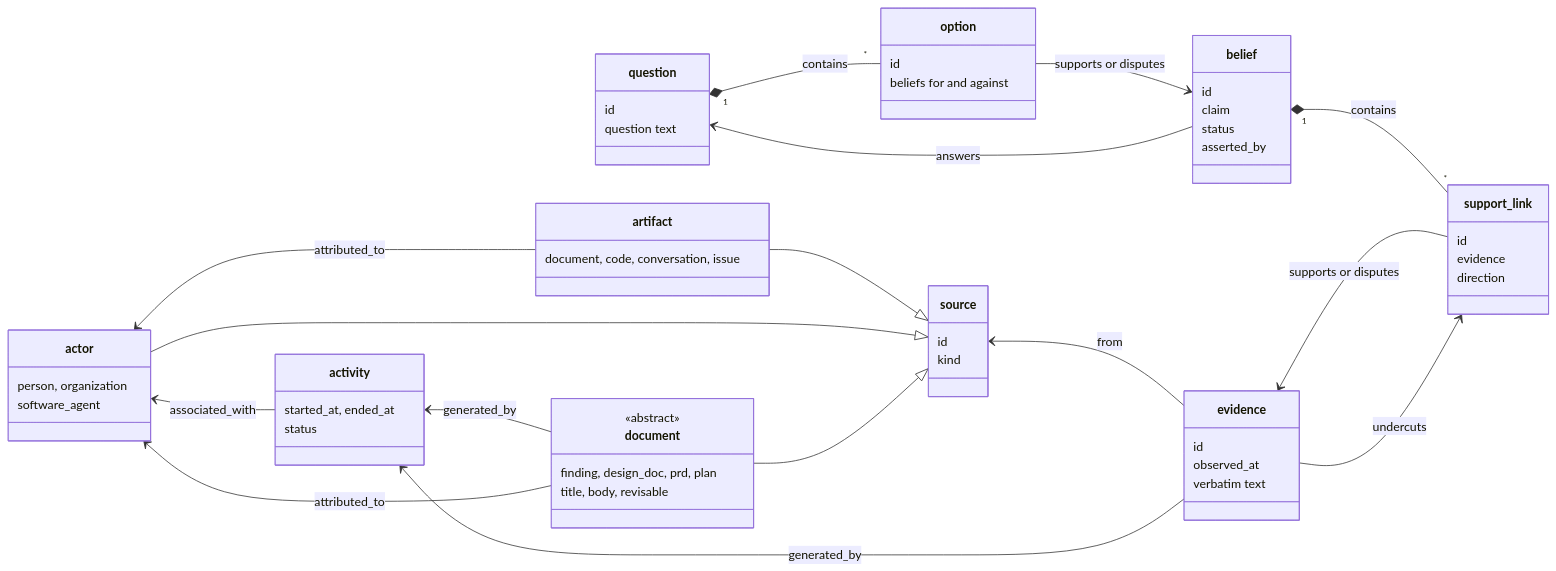
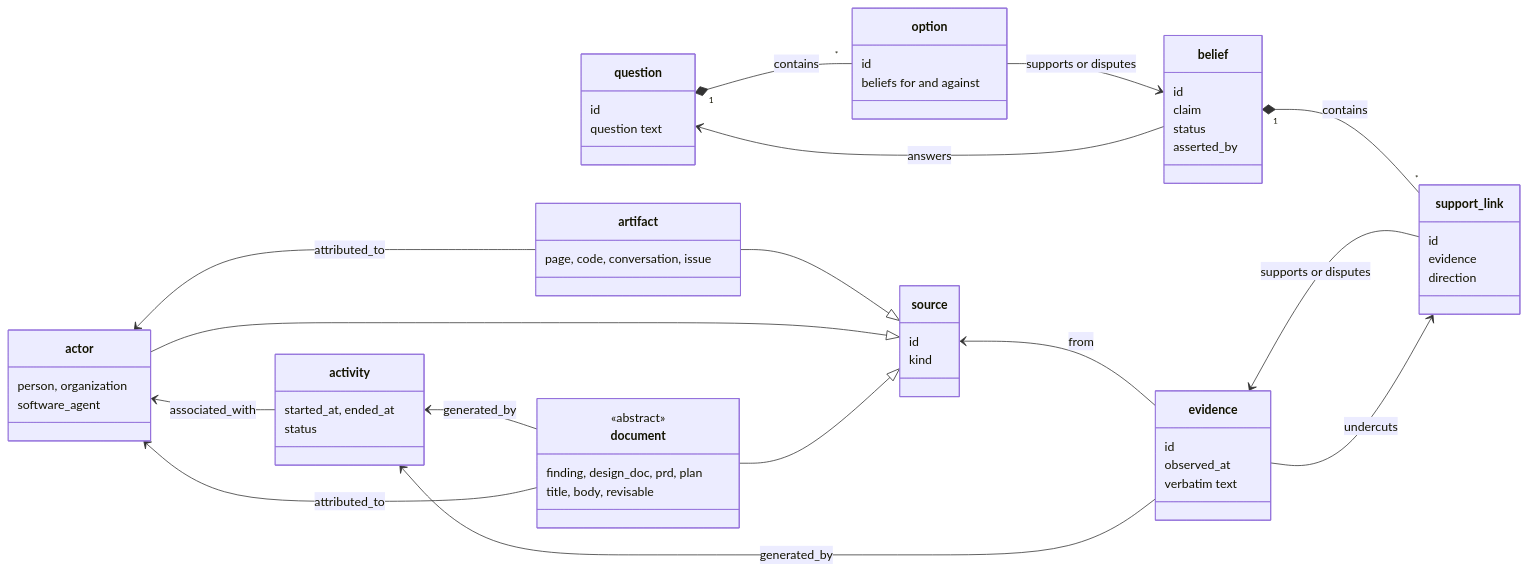
The second of 5 diagrams in docs/context-graph/01-model.md (andycondon/loremason), drawn with Mermaid before and after one commit. The commit also changed other lines of this file, not shown here.

Commit message:
Design: an artifact's document kind becomes page, so document means one thing

````diff
--- a/docs/context-graph/01-model.md
+++ b/docs/context-graph/01-model.md
@@ -76,63 +76,63 @@
 ```mermaid
 classDiagram
   direction LR
   class question {
     id
     question text
   }
   class option {
     id
     beliefs for and against
   }
   class belief {
     id
     claim
     status
     asserted_by
   }
   class support_link {
     id
     evidence
     direction
   }
   class evidence {
     id
     observed_at
     verbatim text
   }
   class source {
     id
     kind
   }
   class actor {
     person, organization
     software_agent
   }
   class activity {
     started_at, ended_at
     status
   }
   class artifact {
-    document, code, conversation, issue
+    page, code, conversation, issue
   }
   class document {
     <<abstract>>
     finding, design_doc, prd, plan
     title, body, revisable
   }
   question "1" *-- "*" option : contains
   option --> belief : supports or disputes
   belief --> question : answers
   belief "1" *-- "*" support_link : contains
   evidence <-- support_link : supports or disputes
   evidence --> support_link : undercuts
   source <-- evidence : from
   artifact --|> source
   actor --|> source
   document --|> source
   actor <-- artifact : attributed_to
   activity <-- evidence : generated_by
   activity <-- document : generated_by
   actor <-- document : attributed_to
   actor <-- activity : associated_with
 ```
````
